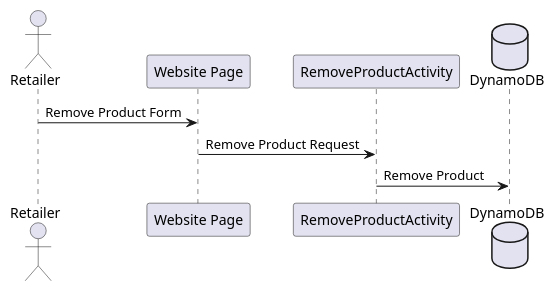
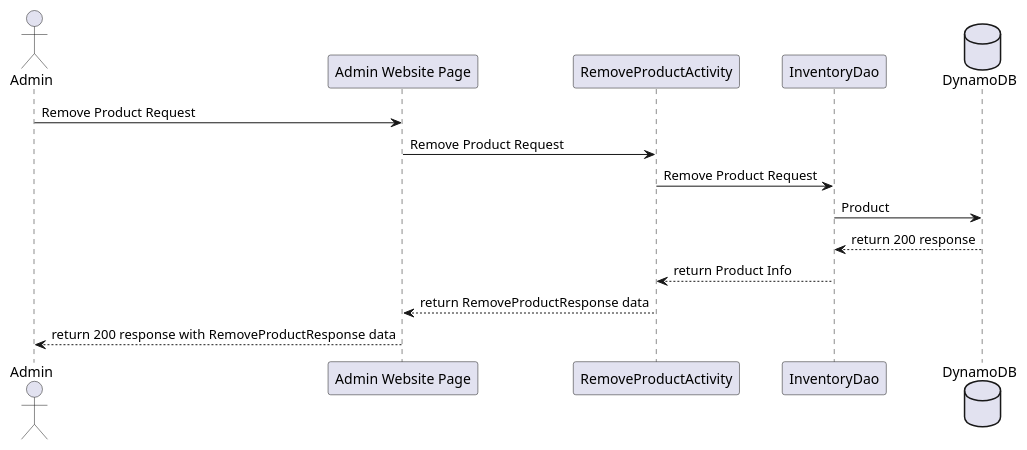
Before and after one commit to sylviamohos/CoolWithCouleBackend: the diagram in project_documents/Design/Sequence Diagrams/AdminRemoveProductRequest.puml, drawn with PlantUML. The commit also changed 11 other files, not shown here.

Commit message:
Edited and cleaned up sequence diagrams

```diff
--- a/project_documents/Design/Sequence Diagrams/AdminRemoveProductRequest.puml
+++ b/project_documents/Design/Sequence Diagrams/AdminRemoveProductRequest.puml
@@ -1,13 +1,19 @@
 @startuml
 'https://plantuml.com/sequence-diagram
 
-actor "Retailer" as client
-participant "Website Page" as apiGateway
+actor "Admin" as client
+participant "Admin Website Page" as apiGateway
 participant "RemoveProductActivity" as removeProductActivity
+participant "InventoryDao" as inventoryDao
 database "DynamoDB" as dynamoDB
 
-client -> apiGateway : Remove Product Form
+client -> apiGateway : Remove Product Request
 apiGateway -> removeProductActivity : Remove Product Request
-removeProductActivity -> dynamoDB : Remove Product
+removeProductActivity -> inventoryDao : Remove Product Request
+inventoryDao -> dynamoDB : Product
+dynamoDB --> inventoryDao : return 200 response
+inventoryDao --> removeProductActivity : return Product Info
+removeProductActivity --> apiGateway : return RemoveProductResponse data
+apiGateway --> client : return 200 response with RemoveProductResponse data
 
 @enduml
```
